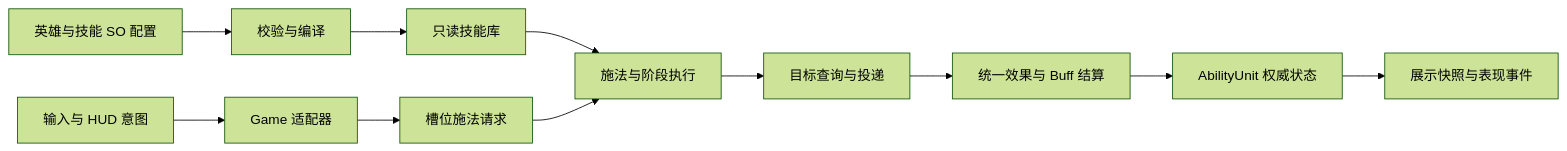
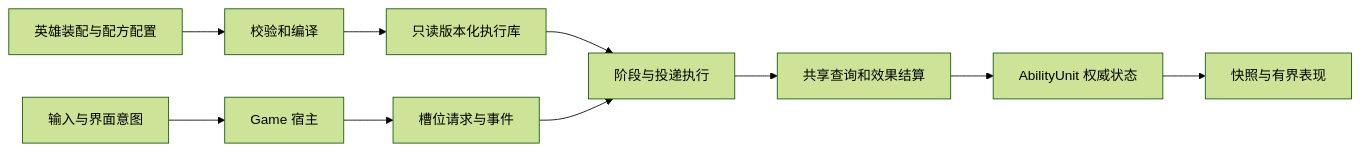
One commit to x-i-a-o-ba/myGame changed the diagram in Docs/ability-foundation.md. Above: the diagram before and after it, drawn with Mermaid (forest theme). The commit also changed other lines of this file and 564 other files, not shown here.

````diff
--- a/Docs/ability-foundation.md
+++ b/Docs/ability-foundation.md
@@ -62,13 +13,12 @@
 ```mermaid
 flowchart LR
-    A[英雄与技能 SO 配置] --> B[校验与编译]
-    B --> C[只读技能库]
-    D[输入与 HUD 意图] --> E[Game 适配器]
-    E --> F[槽位施法请求]
-    C --> G[施法与阶段执行]
+    A[英雄装配与配方配置] --> B[校验和编译]
+    B --> C[只读版本化执行库]
+    D[输入与界面意图] --> E[Game 宿主]
+    E --> F[槽位请求与事件]
+    C --> G[阶段与投递执行]
     F --> G
-    G --> H[目标查询与投递]
-    H --> I[统一效果与 Buff 结算]
-    I --> J[AbilityUnit 权威状态]
-    J --> K[展示快照与表现事件]
+    G --> H[共享查询和效果结算]
+    H --> I[AbilityUnit 权威状态]
+    I --> J[快照与有界表现]
 ```
````
